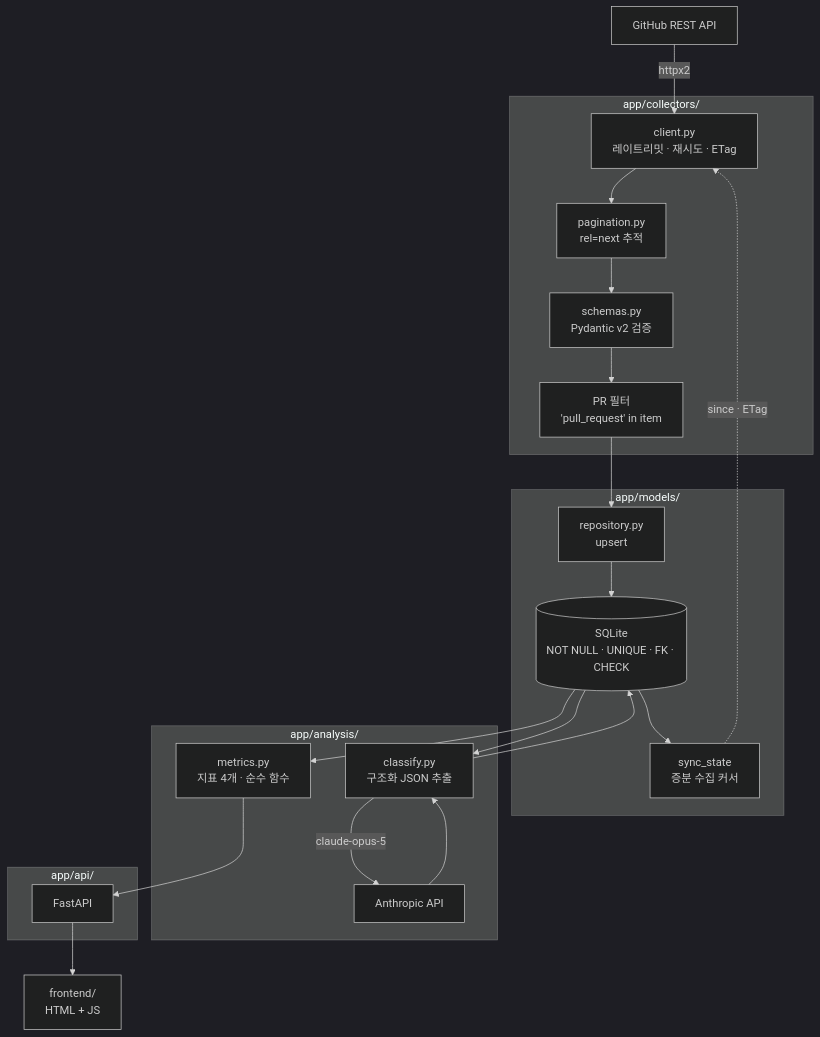
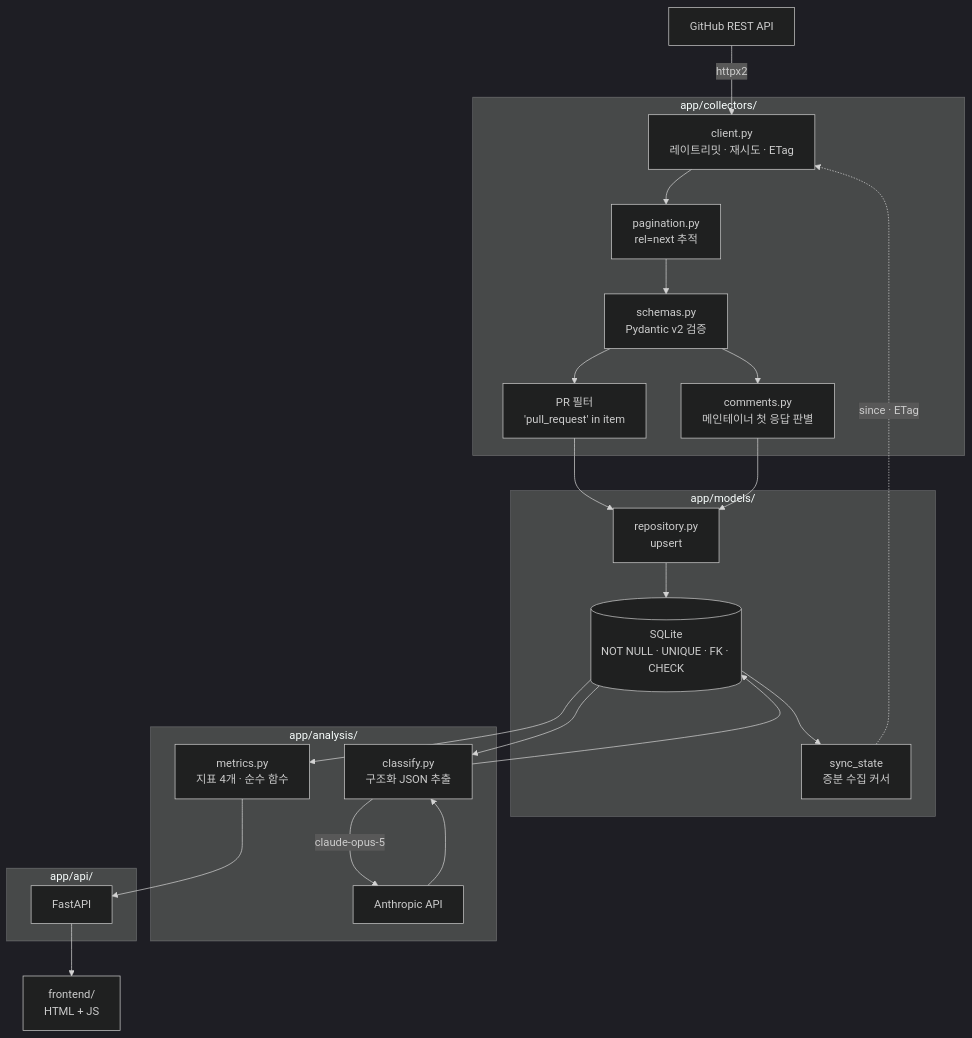
Before and after one commit to solremifa/oss-health-dashboard: the diagram in README.md, drawn with Mermaid (dark theme). The commit also changed other lines of this file and 8 other files, not shown here.

````diff
--- a/README.md
+++ b/README.md
@@ -44,36 +44,38 @@
 ```mermaid
 flowchart TB
     GH["GitHub REST API"] -->|httpx2| CL
 
     subgraph collectors["app/collectors/"]
         CL["client.py<br/>레이트리밋 · 재시도 · ETag"] --> PG["pagination.py<br/>rel=next 추적"]
         PG --> SC["schemas.py<br/>Pydantic v2 검증"]
         SC --> PF["PR 필터<br/>'pull_request' in item"]
+        SC --> CM["comments.py<br/>메인테이너 첫 응답 판별"]
     end
 
     PF --> RP
+    CM --> RP
 
     subgraph models["app/models/"]
         RP["repository.py<br/>upsert"] --> DB[("SQLite<br/>NOT NULL · UNIQUE · FK · CHECK")]
         SS["sync_state<br/>증분 수집 커서"] -.->|since · ETag| CL
         DB --> SS
     end
 
     DB --> AN
 
     subgraph analysis["app/analysis/"]
         AN["classify.py<br/>구조화 JSON 추출"] -->|claude-opus-5| ANT["Anthropic API"]
         ANT --> AN
         MT["metrics.py<br/>지표 4개 · 순수 함수"]
     end
 
     AN --> DB
     DB --> MT
     MT --> API
 
     subgraph apilayer["app/api/"]
         API["FastAPI"]
     end
 
     API --> FE["frontend/<br/>HTML + JS"]
 ```
````
